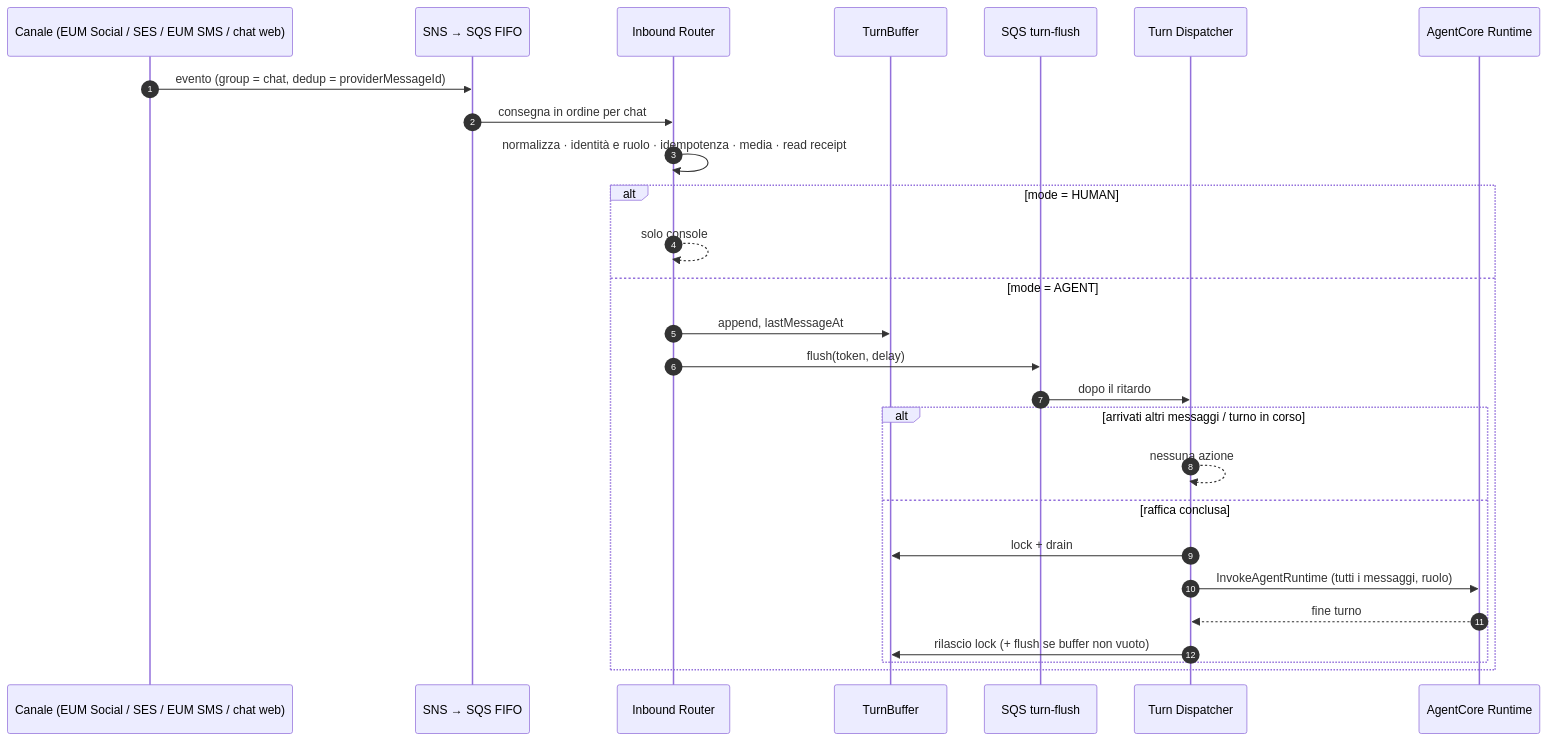
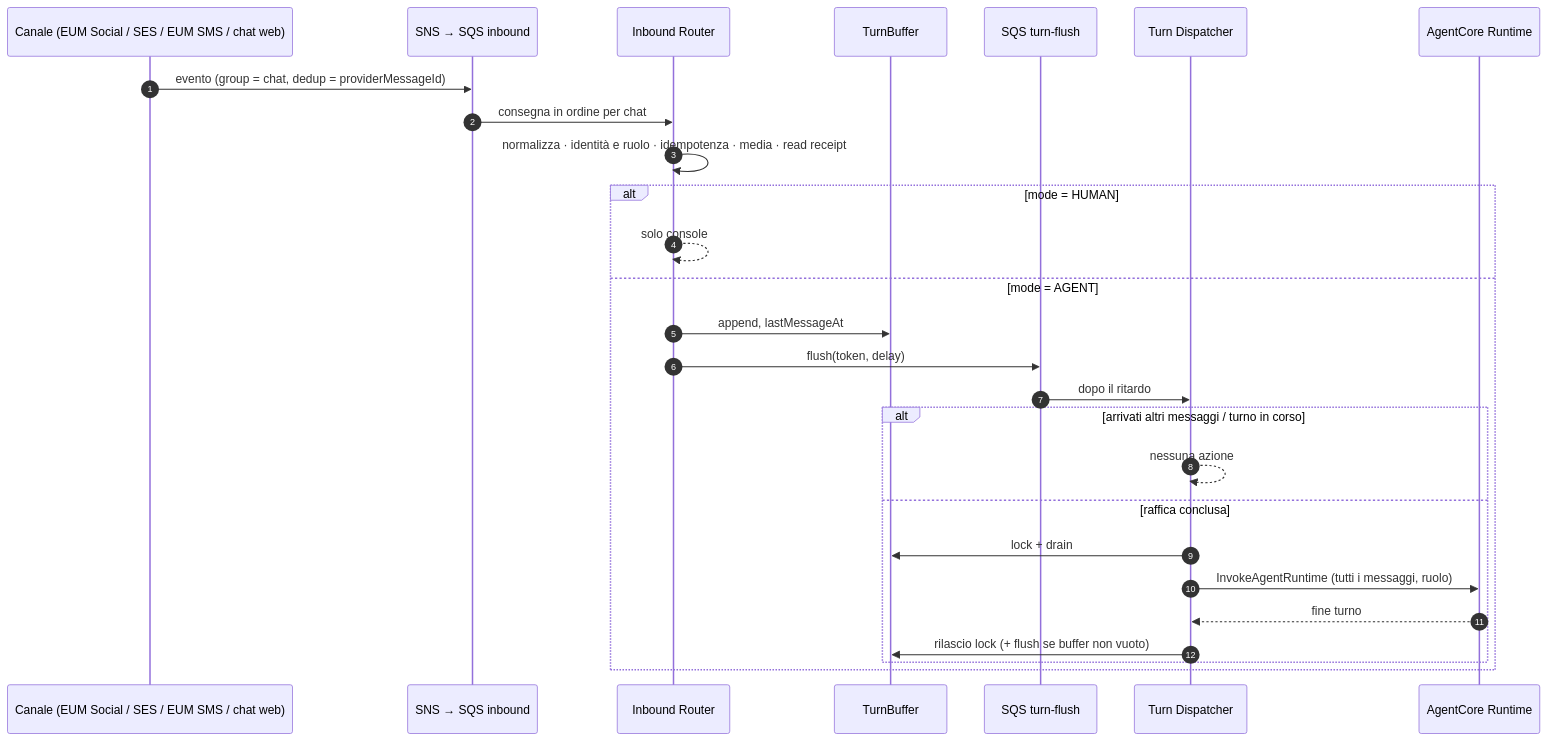
The third of 3 diagrams in docs/02_TECHNICAL_FLOWS.md (besharpsrl/aws-cds-hackathon-2026-suppliagent), drawn with Mermaid before and after one commit. The commit also changed other lines of this file and 27 other files, not shown here.

````diff
--- a/docs/02_TECHNICAL_FLOWS.md
+++ b/docs/02_TECHNICAL_FLOWS.md
@@ -79,29 +79,29 @@
 ```mermaid
 sequenceDiagram
     autonumber
     participant CH as Canale (EUM Social / SES / EUM SMS / chat web)
-    participant Q as SNS → SQS FIFO
+    participant Q as SNS → SQS inbound
     participant R as Inbound Router
     participant B as TurnBuffer
     participant FQ as SQS turn-flush
     participant D as Turn Dispatcher
     participant A as AgentCore Runtime
     CH->>Q: evento (group = chat, dedup = providerMessageId)
     Q->>R: consegna in ordine per chat
     R->>R: normalizza · identità e ruolo · idempotenza · media · read receipt
     alt mode = HUMAN
         R-->>R: solo console
     else mode = AGENT
         R->>B: append, lastMessageAt
         R->>FQ: flush(token, delay)
         FQ->>D: dopo il ritardo
         alt arrivati altri messaggi / turno in corso
             D-->>D: nessuna azione
         else raffica conclusa
             D->>B: lock + drain
             D->>A: InvokeAgentRuntime (tutti i messaggi, ruolo)
             A-->>D: fine turno
             D->>B: rilascio lock (+ flush se buffer non vuoto)
         end
     end
 ```
````
